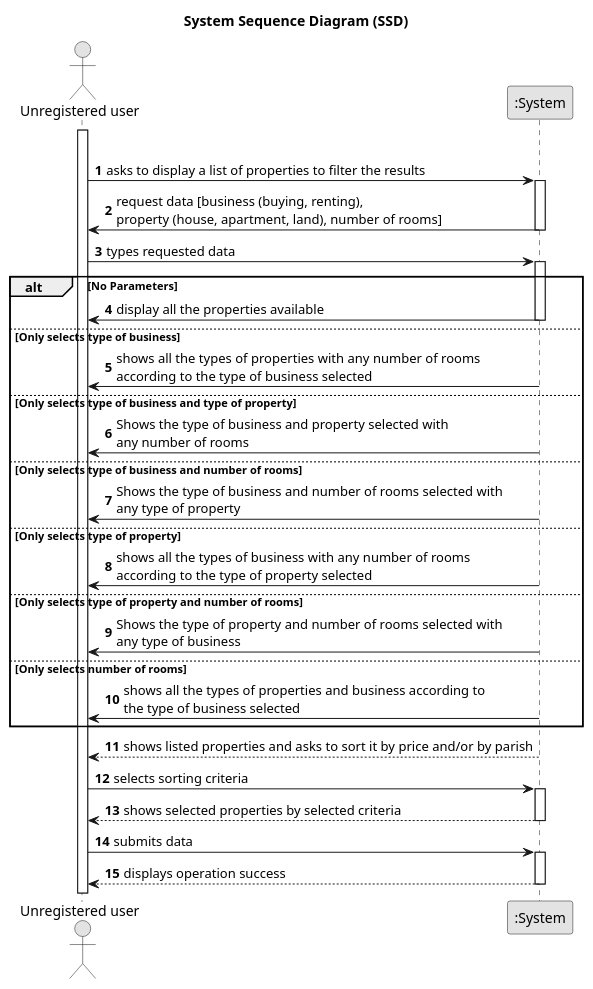
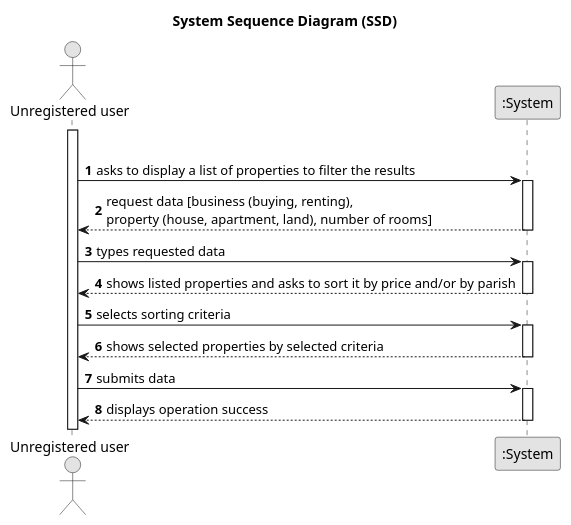
One commit to PureNimble/ISEP-LAPR2 changed the diagram in docs/sprintA/US01/01.requirements-engineering/puml/us01-system-sequence-diagram.puml. Above: the diagram before and after it, drawn with PlantUML. The commit also changed 1 other file, not shown here.

```diff
--- a/docs/sprintA/US01/01.requirements-engineering/puml/us01-system-sequence-diagram.puml
+++ b/docs/sprintA/US01/01.requirements-engineering/puml/us01-system-sequence-diagram.puml
@@ -1,92 +1,41 @@
 @startuml
 skinparam monochrome true
 skinparam packageStyle rectangle
 skinparam shadowing false
 
 title System Sequence Diagram (SSD)
 
 autonumber
 
 actor "Unregistered user" as User
 participant ":System" as System
 
 opt Optimal Case
 
 activate User
 
     User -> System : asks to display a list of properties to filter the results
     activate System
 
-    System -> User : request data [business (buying, renting), \nproperty (house, apartment, land), number of rooms]
+    System --> User : request data [business (buying, renting), \nproperty (house, apartment, land), number of rooms]
     deactivate System
 
     User -> System : types requested data
     activate System
-
-        alt   No Parameters
-
-            System -> User : display all the properties available
-            deactivate System
-
-
-
-        else  Only selects type of business
-
-            System -> User : shows all the types of properties with any number of rooms \naccording to the type of business selected
-            deactivate System
-
-
-
-        else  Only selects type of business and type of property
-
-            System -> User : Shows the type of business and property selected with \nany number of rooms
-            deactivate System
-
-
-
-        else  Only selects type of business and number of rooms
-
-            System -> User : Shows the type of business and number of rooms selected with \nany type of property
-            deactivate System
-
-
-
-        else  Only selects type of property
-
-            System -> User : shows all the types of business with any number of rooms \naccording to the type of property selected
-            deactivate System
-
-
-
-        else  Only selects type of property and number of rooms
-
-            System -> User : Shows the type of property and number of rooms selected with \nany type of business
-            deactivate System
-
-
-
-        else  Only selects number of rooms
-
-            System -> User : shows all the types of properties and business according to \nthe type of business selected
-            deactivate System
-
-
-
-end
 
     System --> User : shows listed properties and asks to sort it by price and/or by parish
     deactivate System
 
     User -> System : selects sorting criteria
     activate System
 
     System --> User : shows selected properties by selected criteria
     deactivate System
 
     User -> System : submits data
     activate System
 
     System --> User : displays operation success
     deactivate System
 
 @enduml
```
